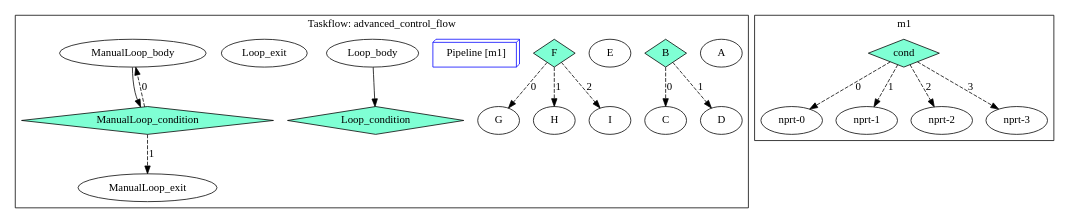
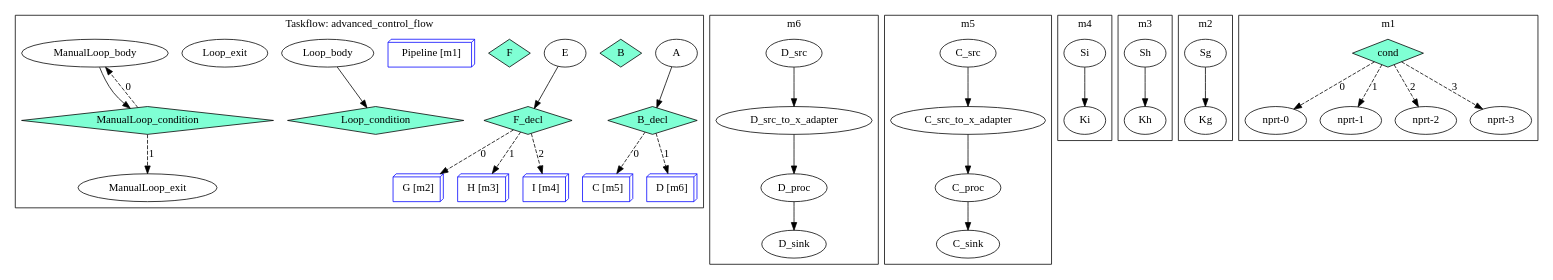
The second of 2 diagrams in workflow/KEY_BASED_API.md (Mapoet/taskflow), drawn with Graphviz before and after one commit. The commit also changed 3 other files, not shown here.

````diff
--- a/workflow/KEY_BASED_API.md
+++ b/workflow/KEY_BASED_API.md
@@ -538,44 +538,86 @@
 ```dot
 digraph Taskflow {
-subgraph cluster_p0x7ffd5a691e70 {
+subgraph cluster_p0x7ffdc7cb6fb0 {
 label="Taskflow: advanced_control_flow";
-p0x654efa412500[label="A" ];
-p0x654efa412640[label="B" shape=diamond color=black fillcolor=aquamarine style=filled];
-p0x654efa412640 -> p0x654efa412740 [style=dashed label="0"];
-p0x654efa412640 -> p0x654efa412820 [style=dashed label="1"];
-p0x654efa413020[label="E" ];
-p0x654efa413160[label="F" shape=diamond color=black fillcolor=aquamarine style=filled];
-p0x654efa413160 -> p0x654efa413290 [style=dashed label="0"];
-p0x654efa413160 -> p0x654efa413370 [style=dashed label="1"];
-p0x654efa413160 -> p0x654efa413450 [style=dashed label="2"];
-p0x654efa413b90[shape=box3d, color=blue, label="Pipeline [m1]"];
-p0x654efa413dd0[label="Loop_body" ];
-p0x654efa413dd0 -> p0x654efa413eb0;
-p0x654efa414020[label="Loop_exit" ];
-p0x654efa413370[label="H" ];
-p0x654efa413450[label="I" ];
-p0x654efa412740[label="C" ];
-p0x654efa412820[label="D" ];
-p0x654efa413eb0[label="Loop_condition" shape=diamond color=black fillcolor=aquamarine style=filled];
-p0x654efa413290[label="G" ];
-p0x654efa414100[label="ManualLoop_body" ];
-p0x654efa414100 -> p0x654efa4141e0;
-p0x654efa4141e0[label="ManualLoop_condition" shape=diamond color=black fillcolor=aquamarine style=filled];
-p0x654efa4141e0 -> p0x654efa414100 [style=dashed label="0"];
-p0x654efa4141e0 -> p0x654efa4142c0 [style=dashed label="1"];
-p0x654efa4142c0[label="ManualLoop_exit" ];
+p0x626c0a7c3500[label="A" ];
+p0x626c0a7c3500 -> p0x626c0a7c6930;
+p0x626c0a7c3640[label="B" shape=diamond color=black fillcolor=aquamarine style=filled];
+p0x626c0a7c70a0[label="E" ];
+p0x626c0a7c70a0 -> p0x626c0a7ca000;
+p0x626c0a7c71e0[label="F" shape=diamond color=black fillcolor=aquamarine style=filled];
+p0x626c0a7ca7b0[shape=box3d, color=blue, label="Pipeline [m1]"];
+p0x626c0a7ca9f0[label="Loop_body" ];
+p0x626c0a7ca9f0 -> p0x626c0a7caad0;
+p0x626c0a7cac40[label="Loop_exit" ];
+p0x626c0a7c8070[shape=box3d, color=blue, label="G [m2]"];
+p0x626c0a7c8fb0[shape=box3d, color=blue, label="H [m3]"];
+p0x626c0a7c9f20[shape=box3d, color=blue, label="I [m4]"];
+p0x626c0a7ca000[label="F_decl" shape=diamond color=black fillcolor=aquamarine style=filled];
+p0x626c0a7ca000 -> p0x626c0a7c8070 [style=dashed label="0"];
+p0x626c0a7ca000 -> p0x626c0a7c8fb0 [style=dashed label="1"];
+p0x626c0a7ca000 -> p0x626c0a7c9f20 [style=dashed label="2"];
+p0x626c0a7c6930[label="B_decl" shape=diamond color=black fillcolor=aquamarine style=filled];
+p0x626c0a7c6930 -> p0x626c0a7c4fb0 [style=dashed label="0"];
+p0x626c0a7c6930 -> p0x626c0a7c6850 [style=dashed label="1"];
+p0x626c0a7c4fb0[shape=box3d, color=blue, label="C [m5]"];
+p0x626c0a7caad0[label="Loop_condition" shape=diamond color=black fillcolor=aquamarine style=filled];
+p0x626c0a7c6850[shape=box3d, color=blue, label="D [m6]"];
+p0x626c0a7cad20[label="ManualLoop_body" ];
+p0x626c0a7cad20 -> p0x626c0a7cae00;
+p0x626c0a7cae00[label="ManualLoop_condition" shape=diamond color=black fillcolor=aquamarine style=filled];
+p0x626c0a7cae00 -> p0x626c0a7cad20 [style=dashed label="0"];
+p0x626c0a7cae00 -> p0x626c0a7caff0 [style=dashed label="1"];
+p0x626c0a7caff0[label="ManualLoop_exit" ];
 }
-subgraph cluster_p0x654efa4135d0 {
+subgraph cluster_p0x626c0a7c50e0 {
+label="m6";
+p0x626c0a7c5b50[label="D_src" ];
+p0x626c0a7c5b50 -> p0x626c0a7c5c30;
+p0x626c0a7c5c30[label="D_src_to_x_adapter" ];
+p0x626c0a7c5c30 -> p0x626c0a7c6580;
+p0x626c0a7c6580[label="D_proc" ];
+p0x626c0a7c6580 -> p0x626c0a7c6730;
+p0x626c0a7c6730[label="D_sink" ];
+}
+subgraph cluster_p0x626c0a7c3790 {
+label="m5";
+p0x626c0a7c4290[label="C_src" ];
+p0x626c0a7c4290 -> p0x626c0a7c4370;
+p0x626c0a7c4370[label="C_src_to_x_adapter" ];
+p0x626c0a7c4370 -> p0x626c0a7c4ce0;
+p0x626c0a7c4ce0[label="C_proc" ];
+p0x626c0a7c4ce0 -> p0x626c0a7c4e90;
+p0x626c0a7c4e90[label="C_sink" ];
+}
+subgraph cluster_p0x626c0a7c9170 {
+label="m4";
+p0x626c0a7c9be0[label="Si" ];
+p0x626c0a7c9be0 -> p0x626c0a7c9de0;
+p0x626c0a7c9de0[label="Ki" ];
+}
+subgraph cluster_p0x626c0a7c81a0 {
+label="m3";
+p0x626c0a7c8c90[label="Sh" ];
+p0x626c0a7c8c90 -> p0x626c0a7c8e90;
+p0x626c0a7c8e90[label="Kh" ];
+}
+subgraph cluster_p0x626c0a7c7310 {
+label="m2";
+p0x626c0a7c7d30[label="Sg" ];
+p0x626c0a7c7d30 -> p0x626c0a7c7f30;
+p0x626c0a7c7f30[label="Kg" ];
+}
+subgraph cluster_p0x626c0a7ca130 {
 label="m1";
-p0x654efa413710[label="cond" shape=diamond color=black fillcolor=aquamarine style=filled];
-p0x654efa413710 -> p0x654efa4137f0 [style=dashed label="0"];
-p0x654efa413710 -> p0x654efa4138f0 [style=dashed label="1"];
-p0x654efa413710 -> p0x654efa4139d0 [style=dashed label="2"];
-p0x654efa413710 -> p0x654efa413ab0 [style=dashed label="3"];
-p0x654efa4137f0[label="nprt-0" ];
-p0x654efa4138f0[label="nprt-1" ];
-p0x654efa4139d0[label="nprt-2" ];
-p0x654efa413ab0[label="nprt-3" ];
+p0x626c0a7ca2e0[label="cond" shape=diamond color=black fillcolor=aquamarine style=filled];
+p0x626c0a7ca2e0 -> p0x626c0a7ca3c0 [style=dashed label="0"];
+p0x626c0a7ca2e0 -> p0x626c0a7ca4c0 [style=dashed label="1"];
+p0x626c0a7ca2e0 -> p0x626c0a7ca5a0 [style=dashed label="2"];
+p0x626c0a7ca2e0 -> p0x626c0a7ca680 [style=dashed label="3"];
+p0x626c0a7ca3c0[label="nprt-0" ];
+p0x626c0a7ca4c0[label="nprt-1" ];
+p0x626c0a7ca5a0[label="nprt-2" ];
+p0x626c0a7ca680[label="nprt-3" ];
 }
 }
 ```
````
